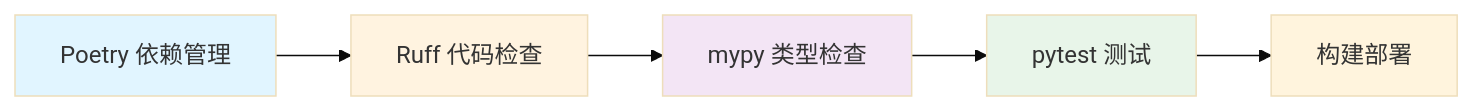
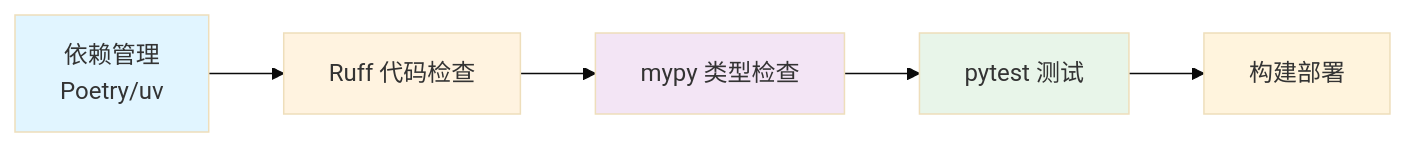
The diagram in docs/backend/python/tooling/index.md (Allen619/FrameLab), drawn with Mermaid (base theme) before and after one commit. The commit also changed other lines of this file and 7 other files, not shown here.

````diff
--- a/docs/backend/python/tooling/index.md
+++ b/docs/backend/python/tooling/index.md
@@ -19,12 +19,12 @@
 ```mermaid
 graph LR
-    A[Poetry 依赖管理] --> B[Ruff 代码检查]
+    A[依赖管理<br/>Poetry/uv] --> B[Ruff 代码检查]
     B --> C[mypy 类型检查]
     C --> D[pytest 测试]
     D --> E[构建部署]
 
     style A fill:#e1f5ff
     style B fill:#fff3e0
     style C fill:#f3e5f5
     style D fill:#e8f5e9
 ```
````
